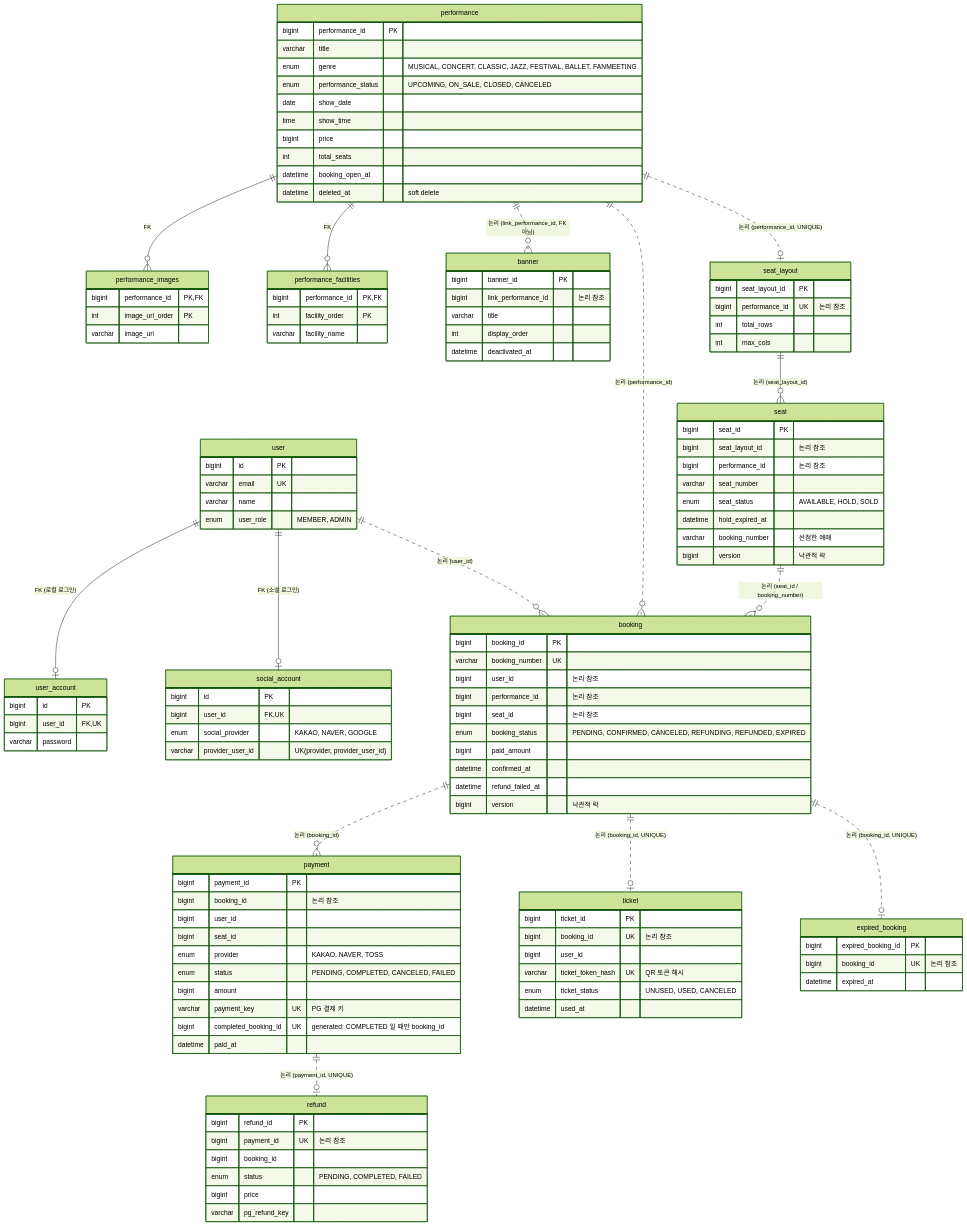
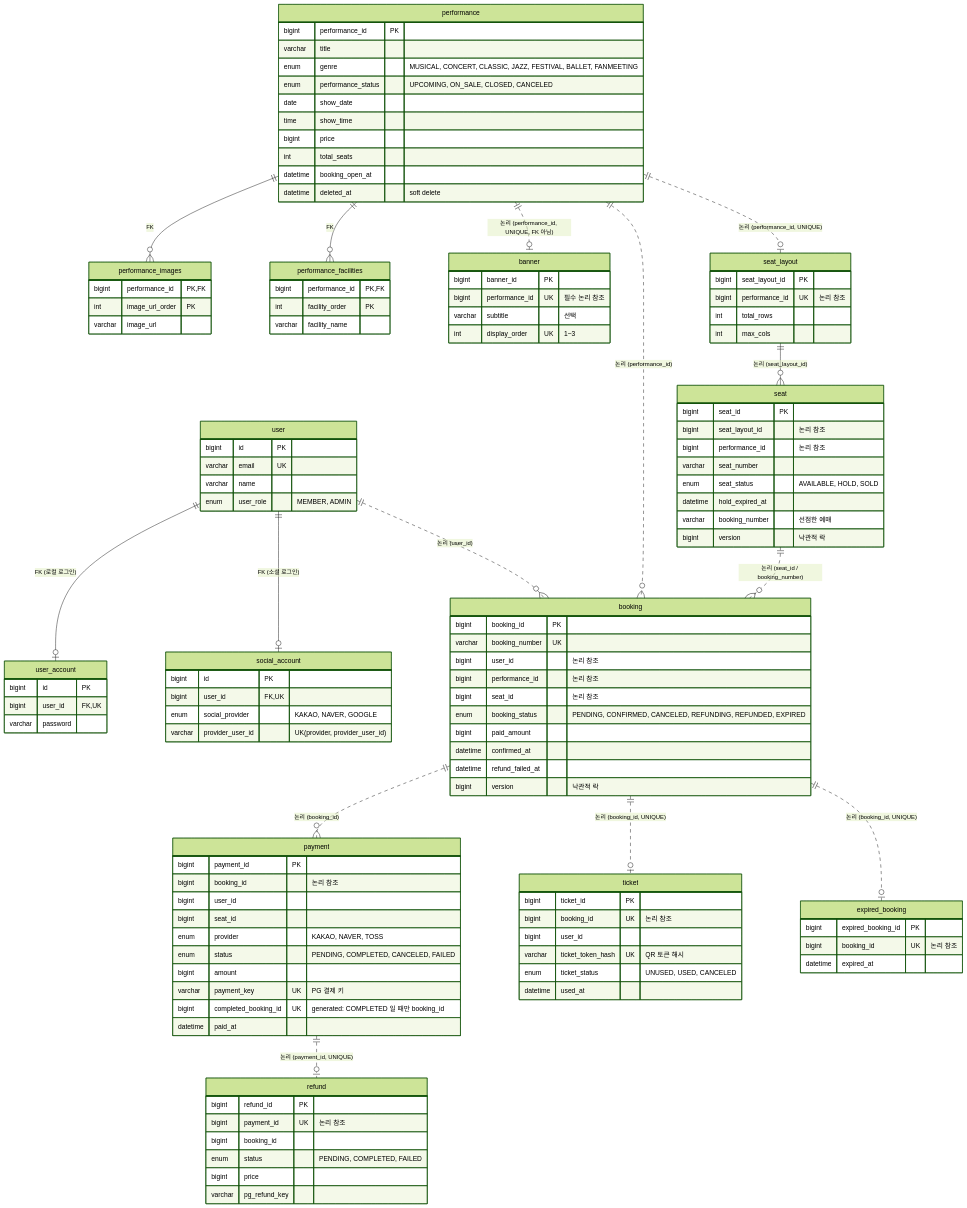
The diagram in docs/erd.md (TicketRush/TicketRush-backend), drawn with Mermaid (forest theme) before and after one commit.

Commit message:
[Fix] #682 배너 스키마·ERD 및 Checkstyle 수정

```diff
--- a/docs/erd.md
+++ b/docs/erd.md
@@ -46,7 +46,7 @@
   %% ===== performance-service =====
   performance ||--o{ performance_images : "FK"
   performance ||--o{ performance_facilities : "FK"
-  performance ||..o{ banner : "논리 (link_performance_id, FK 아님)"
+  performance ||..o| banner : "논리 (performance_id, UNIQUE, FK 아님)"
 
   %% ===== seat-service =====
   performance ||..o| seat_layout : "논리 (performance_id, UNIQUE)"
@@ -103,10 +103,9 @@
   }
   banner {
     bigint banner_id PK
-    bigint link_performance_id "논리 참조"
-    varchar title
-    int display_order
-    datetime deactivated_at
+    bigint performance_id UK "필수 논리 참조"
+    varchar subtitle "선택"
+    int display_order UK "1~3"
   }
 
   seat_layout {
```
